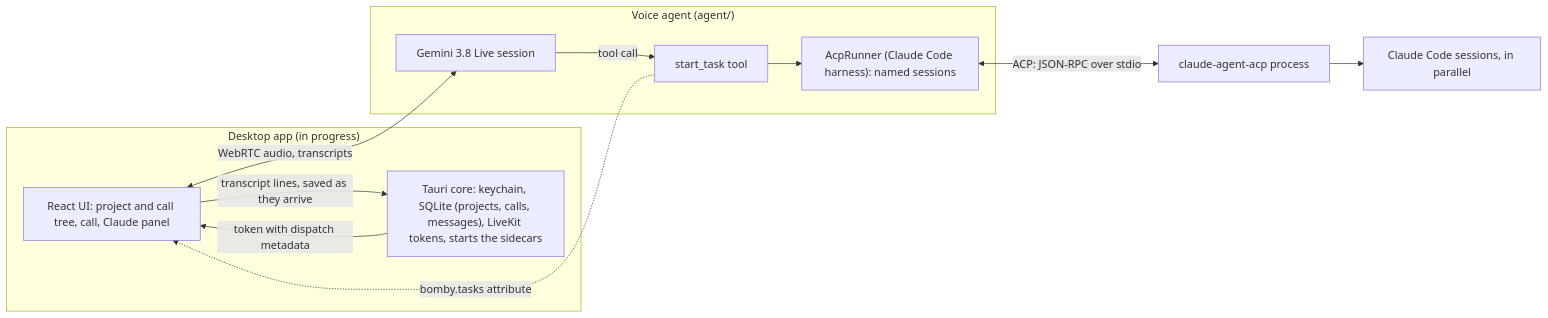
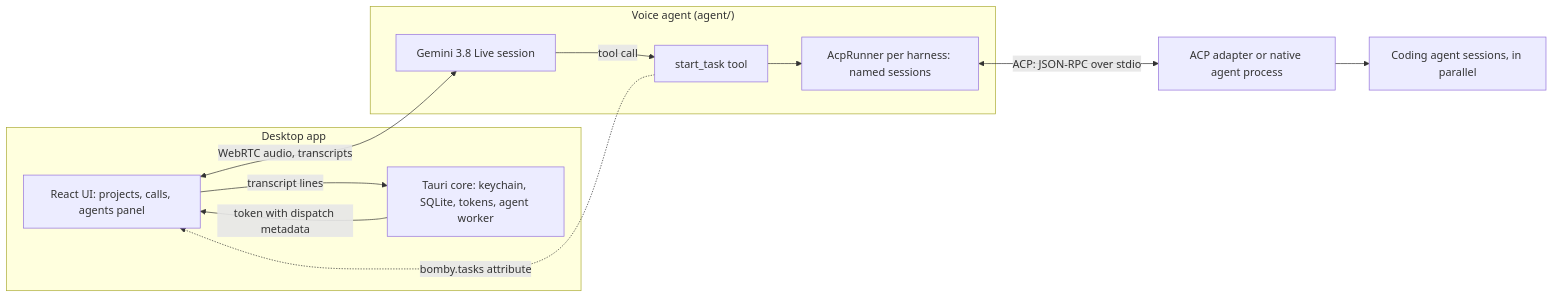
One commit to bomby-app/bomby changed the diagram in docs/architecture.md. Above: the diagram before and after it, drawn with Mermaid. The commit also changed other lines of this file and 41 other files, not shown here.

First line of the commit message:
Compress the docs, add the MIT license and move the identifier to app.bomby.desktop

````diff
--- a/docs/architecture.md
+++ b/docs/architecture.md
@@ -16,23 +16,23 @@
 ```mermaid
 flowchart LR
-  subgraph App["Desktop app (in progress)"]
-    UI["React UI: project and call tree, call, Claude panel"]
-    Core["Tauri core: keychain, SQLite (projects, calls, messages), LiveKit tokens, starts the sidecars"]
+  subgraph App["Desktop app"]
+    UI["React UI: projects, calls, agents panel"]
+    Core["Tauri core: keychain, SQLite, tokens, agent worker"]
   end
   subgraph Agent["Voice agent (agent/)"]
     Gemini["Gemini 3.8 Live session"]
     Tool["start_task tool"]
-    Runner["AcpRunner (Claude Code harness): named sessions"]
+    Runner["AcpRunner per harness: named sessions"]
   end
-  ACP["claude-agent-acp process"]
-  Claude["Claude Code sessions, in parallel"]
+  ACP["ACP adapter or native agent process"]
+  Coding["Coding agent sessions, in parallel"]
 
   Core -- "token with dispatch metadata" --> UI
-  UI -- "transcript lines, saved as they arrive" --> Core
+  UI -- "transcript lines" --> Core
   UI <-- "WebRTC audio, transcripts" --> Gemini
   Gemini -- "tool call" --> Tool
   Tool --> Runner
   Runner <-- "ACP: JSON-RPC over stdio" --> ACP
-  ACP --> Claude
+  ACP --> Coding
   Tool -. "bomby.tasks attribute" .-> UI
 ```
````
